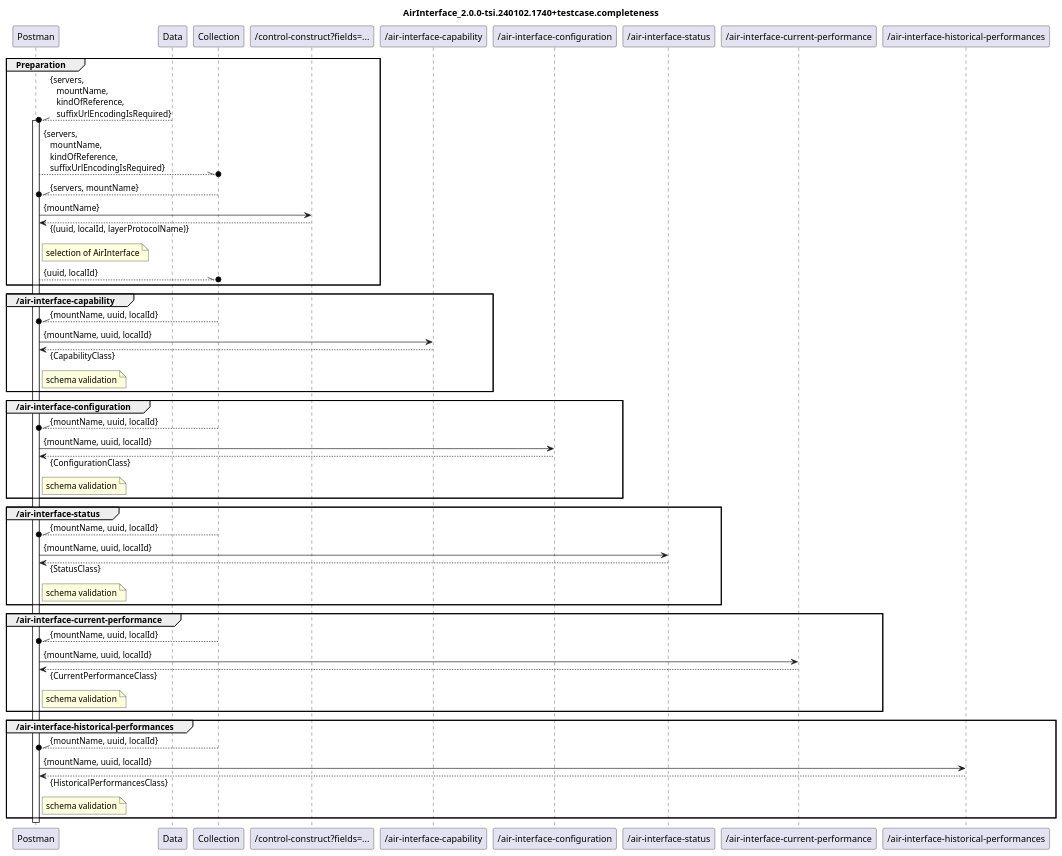
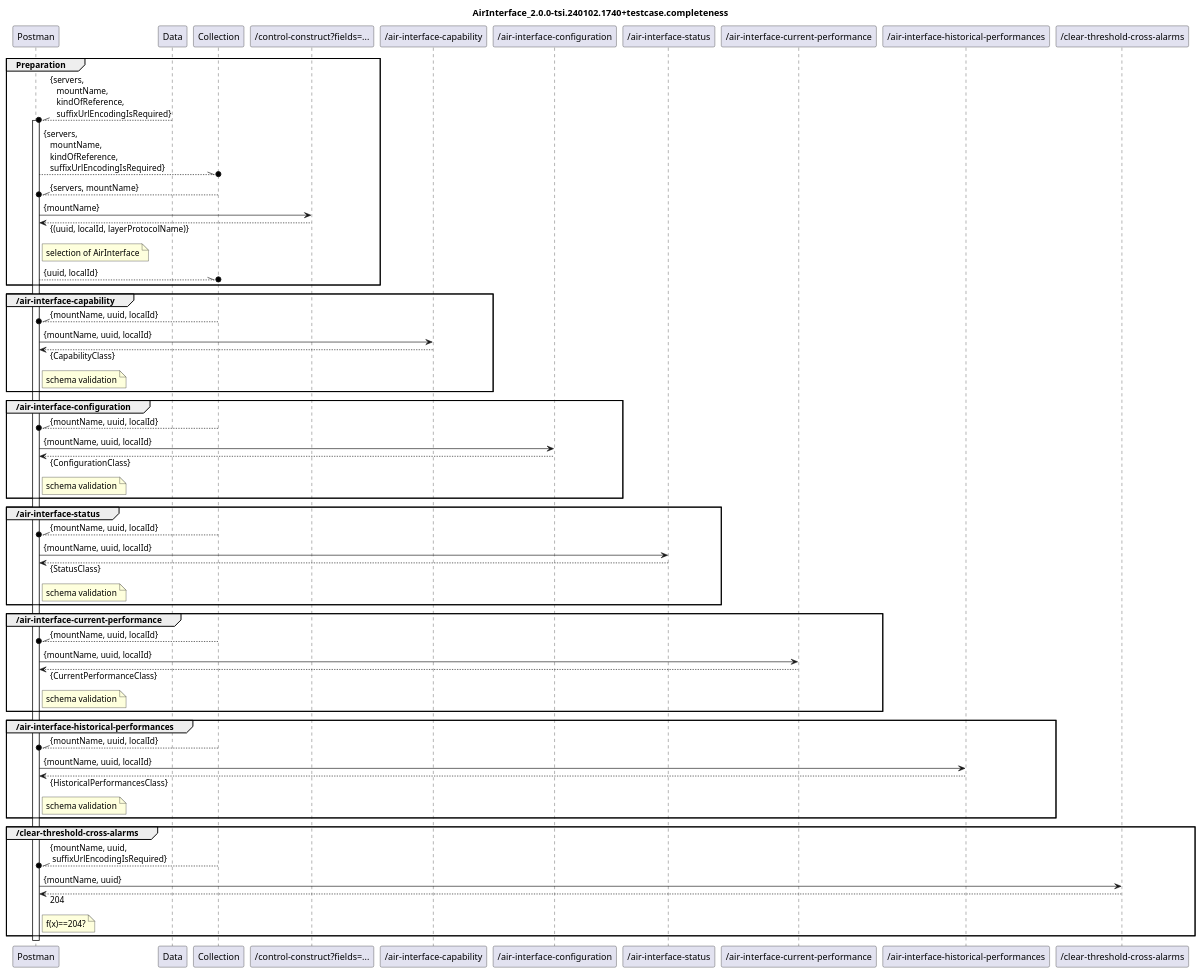
Before and after one commit to openBackhaul/airInterface: the diagram in AirInterface_2.0.0-tsi.240102.1740+vali/Completeness/AirInterface_2.0.0-tsi.240102.1740+diagram.completeness.plantuml, drawn with PlantUML. The commit also changed 1 other file, not shown here.

Commit message:
Add RPC to diagram

```diff
--- a/AirInterface_2.0.0-tsi.240102.1740+vali/Completeness/AirInterface_2.0.0-tsi.240102.1740+diagram.completeness.plantuml
+++ b/AirInterface_2.0.0-tsi.240102.1740+vali/Completeness/AirInterface_2.0.0-tsi.240102.1740+diagram.completeness.plantuml
@@ -1,81 +1,91 @@
 @startuml AirInterface_2.0.0-tsi.240102.1740+diagram.completeness
 skinparam responseMessageBelowArrow true
 
 title
 AirInterface_2.0.0-tsi.240102.1740+testcase.completeness
 end title
 
 participant "Postman" as Postman
 participant "Data" as Data
 participant "Collection" as Collection
 
 participant "/control-construct?fields=..." as ListOfLTPUuidAndLidPairsAndNames
 
 participant "/air-interface-capability" as Capability
 participant "/air-interface-configuration" as Configuration
 participant "/air-interface-status" as Status
 participant "/air-interface-current-performance" as CurrentPerformance
 participant "/air-interface-historical-performances" as HistoricalPerformances
+participant "/clear-threshold-cross-alarms" as ClearThresholdCrossAlarms
 
 group Preparation
   Data --\\o Postman : {servers,\n   mountName,\n   kindOfReference,\n   suffixUrlEncodingIsRequired}
   activate Postman
   Postman --\\o Collection : {servers,\n   mountName,\n   kindOfReference,\n   suffixUrlEncodingIsRequired}
 
   Collection --\\o Postman : {servers, mountName}
   Postman -> ListOfLTPUuidAndLidPairsAndNames : {mountName}
   Postman <-- ListOfLTPUuidAndLidPairsAndNames : {(uuid, localId, layerProtocolName)}
   note right Postman
     selection of AirInterface
   end note
   Postman --\\o Collection : {uuid, localId}
 end
 
 group /air-interface-capability
   Collection --\\o Postman : {mountName, uuid, localId}
   Postman -> Capability : {mountName, uuid, localId}
   Postman <-- Capability : {CapabilityClass}
   note right Postman
     schema validation
   end note
 end
 
 group /air-interface-configuration
   Collection --\\o Postman : {mountName, uuid, localId}
   Postman -> Configuration : {mountName, uuid, localId}
   Postman <-- Configuration : {ConfigurationClass}
   note right Postman
     schema validation
   end note
 end
 
 group /air-interface-status
   Collection --\\o Postman : {mountName, uuid, localId}
   Postman -> Status : {mountName, uuid, localId}
   Postman <-- Status : {StatusClass}
   note right Postman
     schema validation
   end note
 end
 
 group /air-interface-current-performance
   Collection --\\o Postman : {mountName, uuid, localId}
   Postman -> CurrentPerformance : {mountName, uuid, localId}
   Postman <-- CurrentPerformance : {CurrentPerformanceClass}
   note right Postman
     schema validation
   end note
 end
 
 group /air-interface-historical-performances
   Collection --\\o Postman : {mountName, uuid, localId}
   Postman -> HistoricalPerformances : {mountName, uuid, localId}
   Postman <-- HistoricalPerformances : {HistoricalPerformancesClass}
   note right Postman
     schema validation
   end note
 end
 
+group /clear-threshold-cross-alarms
+  Collection --\\o Postman : {mountName, uuid, \n suffixUrlEncodingIsRequired}
+  Postman -> ClearThresholdCrossAlarms : {mountName, uuid}
+  Postman <-- ClearThresholdCrossAlarms : 204
+  note right Postman
+    f(x)==204?
+  end note
+end
+
 deactivate Postman
 
 @enduml
```
